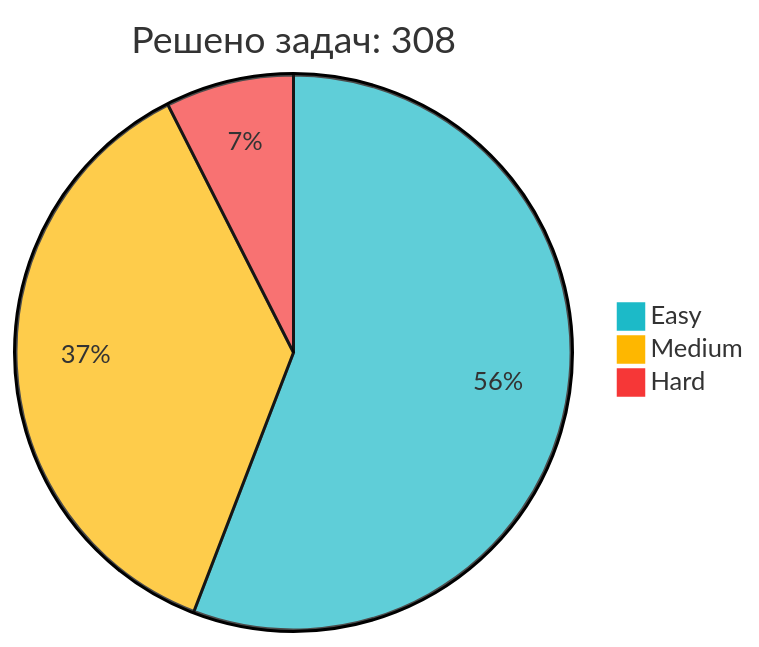
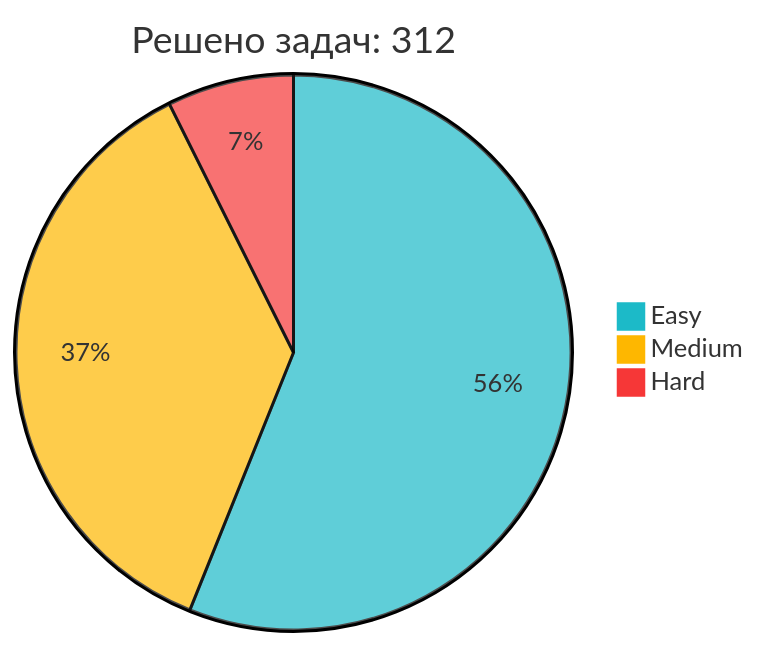
One commit to IliaKurdukov/IliaKurdukov changed the diagram in README.md. Above: the diagram before and after it, drawn with Mermaid. The commit also changed other lines of this file, not shown here.

Commit message:
📈 Обновление статистики LeetCode

````diff
--- a/README.md
+++ b/README.md
@@ -51,7 +51,7 @@
 ```mermaid
 %%{init: {'theme': 'base', 'themeVariables': { 'pie1': '#1CBAC8', 'pie2': '#FEB700', 'pie3': '#F63737' }, 'config': {'width': 300, 'height': 200}}}%%
-pie title Решено задач: 308
-   "Easy" : 172
-   "Medium" : 113
+pie title Решено задач: 312
+   "Easy" : 175
+   "Medium" : 114
    "Hard" : 23
 ```
````
